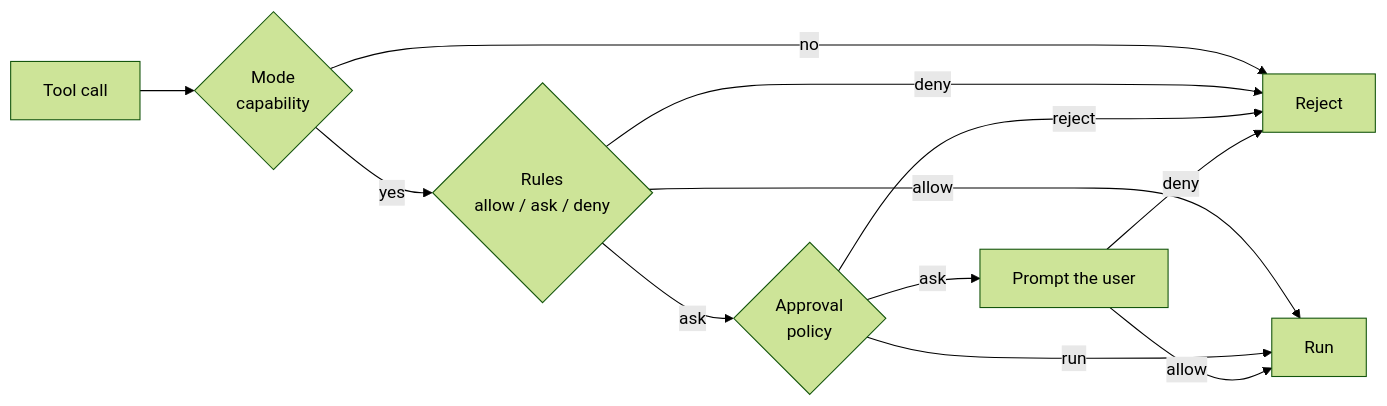
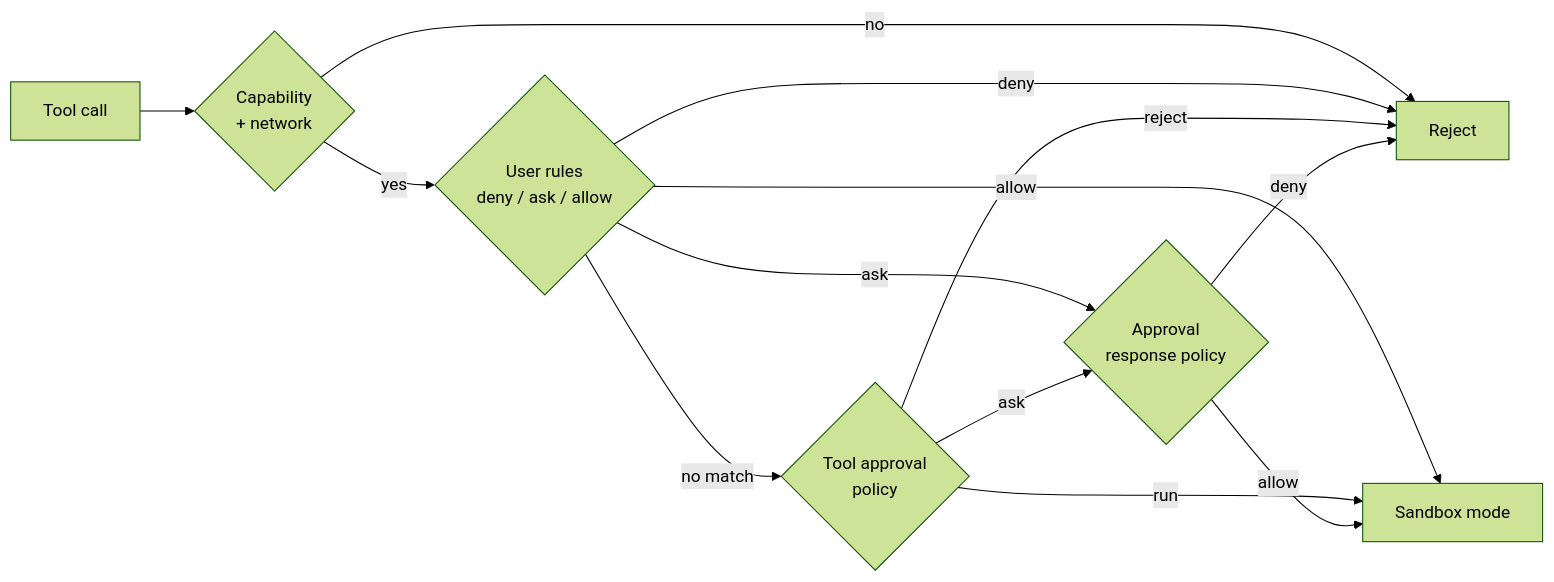
Before and after one commit to zeroDtree/comonad-vscode-extension: the diagram in docs/guide/safety.md, drawn with Mermaid (forest theme). The commit also changed other lines of this file and 37 other files, not shown here.

First line of the commit message:
Refactor sandbox handling and improve policy management

````diff
--- a/docs/guide/safety.md
+++ b/docs/guide/safety.md
@@ -5,14 +6,15 @@
 ```mermaid
 flowchart LR
-  Call["Tool call"] --> Mode{"Mode<br/>capability"}
-  Mode -->|no| Reject["Reject"]
-  Mode -->|yes| Rule{"Rules<br/>allow / ask / deny"}
-  Rule -->|allow| Run["Run"]
+  Call["Tool call"] --> Cap{"Capability<br/>+ network"}
+  Cap -->|no| Reject["Reject"]
+  Cap -->|yes| Rule{"User rules<br/>deny / ask / allow"}
   Rule -->|deny| Reject
-  Rule -->|ask| Approval{"Approval<br/>policy"}
-  Approval -->|ask| Prompt["Prompt the user"]
-  Approval -->|run| Run
+  Rule -->|ask| Response{"Approval<br/>response policy"}
+  Rule -->|allow| Sandbox["Sandbox mode"]
+  Rule -->|no match| Approval{"Tool approval<br/>policy"}
   Approval -->|reject| Reject
-  Prompt -->|allow| Run
-  Prompt -->|deny| Reject
+  Approval -->|ask| Response
+  Approval -->|run| Sandbox
+  Response -->|deny| Reject
+  Response -->|allow| Sandbox
 ```
````
